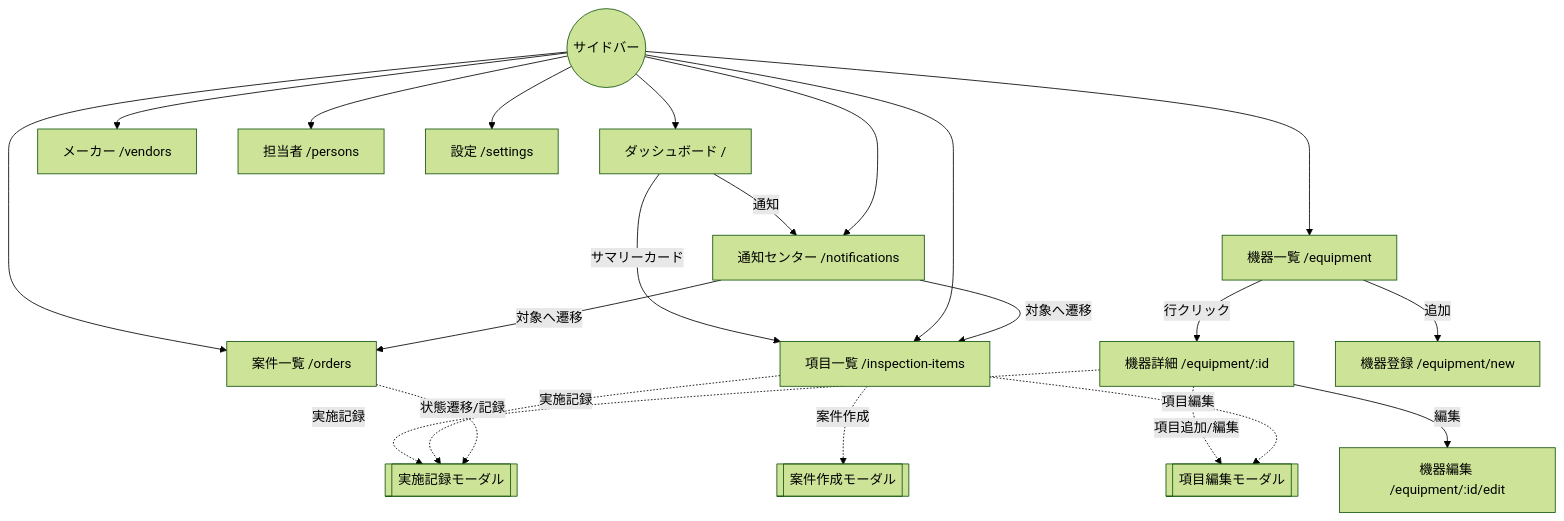
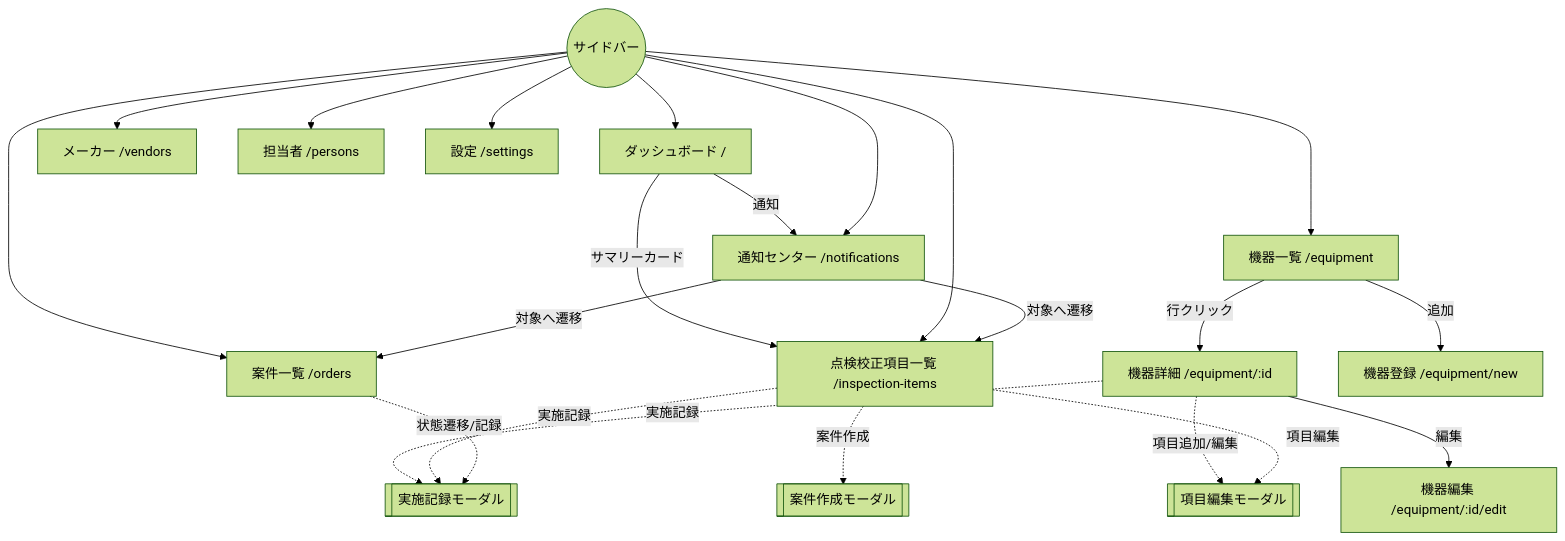
One commit to KyoheiTashiro/calibration-manager changed the diagram in docs/screen-design/README.md. Above: the diagram before and after it, drawn with Mermaid (forest theme). The commit also changed other lines of this file and 15 other files, not shown here.

````diff
--- a/docs/screen-design/README.md
+++ b/docs/screen-design/README.md
@@ -114,17 +114,17 @@
 ```mermaid
 flowchart TD
-    Dash[ダッシュボード /] -->|サマリーカード| InspectionItems[項目一覧 /inspection-items]
+    Dash[ダッシュボード /] -->|サマリーカード| InspectionItems[点検校正項目一覧 /inspection-items]
     Dash -->|通知| Notice[通知センター /notifications]
     Sidebar((サイドバー)) --> Dash & EqList[機器一覧 /equipment] & InspectionItems & Orders[案件一覧 /orders] & Vendors[メーカー /vendors] & Persons[担当者 /persons] & Notice & Settings[設定 /settings]
     EqList -->|行クリック| EqDetail[機器詳細 /equipment/:id]
     EqList -->|追加| EqNew[機器登録 /equipment/new]
     EqDetail -->|編集| EqEdit[機器編集 /equipment/:id/edit]
     EqDetail -.項目追加/編集.-> InspectionItemModal[[項目編集モーダル]]
     EqDetail -.実施記録.-> RecModal[[実施記録モーダル]]
     InspectionItems -.実施記録.-> RecModal
     InspectionItems -.案件作成.-> OrderModal[[案件作成モーダル]]
     InspectionItems -.項目編集.-> InspectionItemModal
     Orders -.状態遷移/記録.-> RecModal
     Notice -->|対象へ遷移| InspectionItems
     Notice -->|対象へ遷移| Orders
 ```
````
